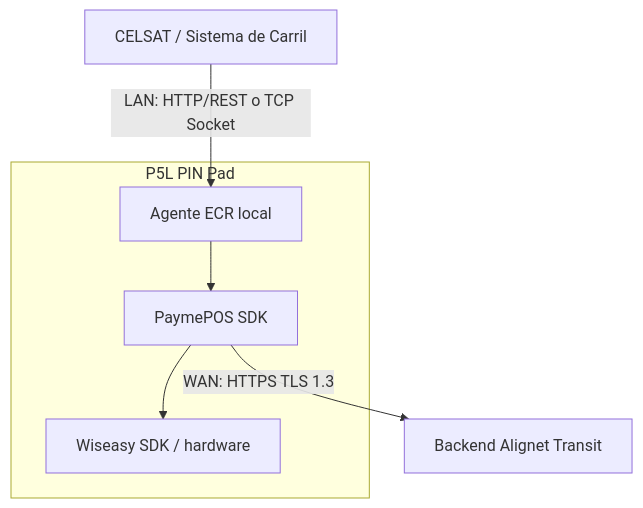
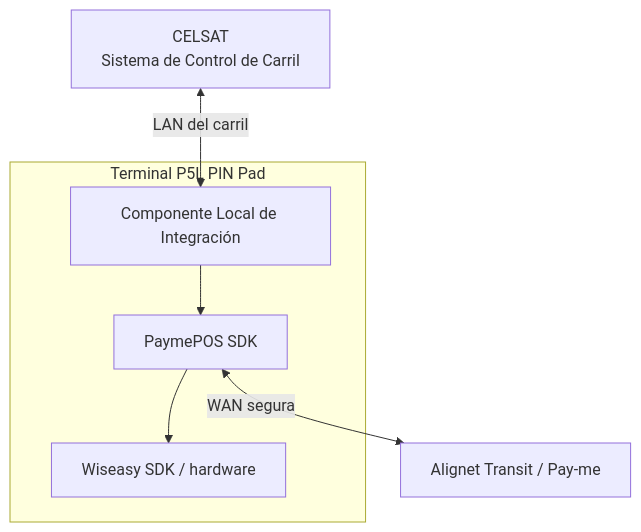
Before and after one commit to alignet-docs/alignet-developers: the diagram in procesamiento-fisico/alignet-transit/introduccion.mdx, drawn with Mermaid. The commit also changed other lines of this file and 13 other files, not shown here.

Commit message:
docs(transit): orientar integración CELSAT e incluir QR interoperable

````diff
--- a/procesamiento-fisico/alignet-transit/introduccion.mdx
+++ b/procesamiento-fisico/alignet-transit/introduccion.mdx
@@ -19,17 +33,17 @@
 ```mermaid
 flowchart TB
-    SCC[CELSAT / Sistema de Carril]
+    SCC[CELSAT<br/>Sistema de Control de Carril]
 
-    subgraph P5L[P5L PIN Pad]
-        ECR[Agente ECR local]
+    subgraph P5L[Terminal P5L PIN Pad]
+        LOCAL[Componente Local de Integración]
         PAYME[PaymePOS SDK]
         WISEASY[Wiseasy SDK / hardware]
-        ECR --> PAYME
+        LOCAL --> PAYME
         PAYME --> WISEASY
     end
 
-    BACKEND[Backend Alignet Transit]
+    TRANSIT[Alignet Transit / Pay-me]
 
-    SCC -->|LAN: HTTP/REST o TCP Socket| ECR
-    PAYME -->|WAN: HTTPS TLS 1.3| BACKEND
+    SCC <-->|LAN del carril| LOCAL
+    PAYME <-->|WAN segura| TRANSIT
 ```
````
